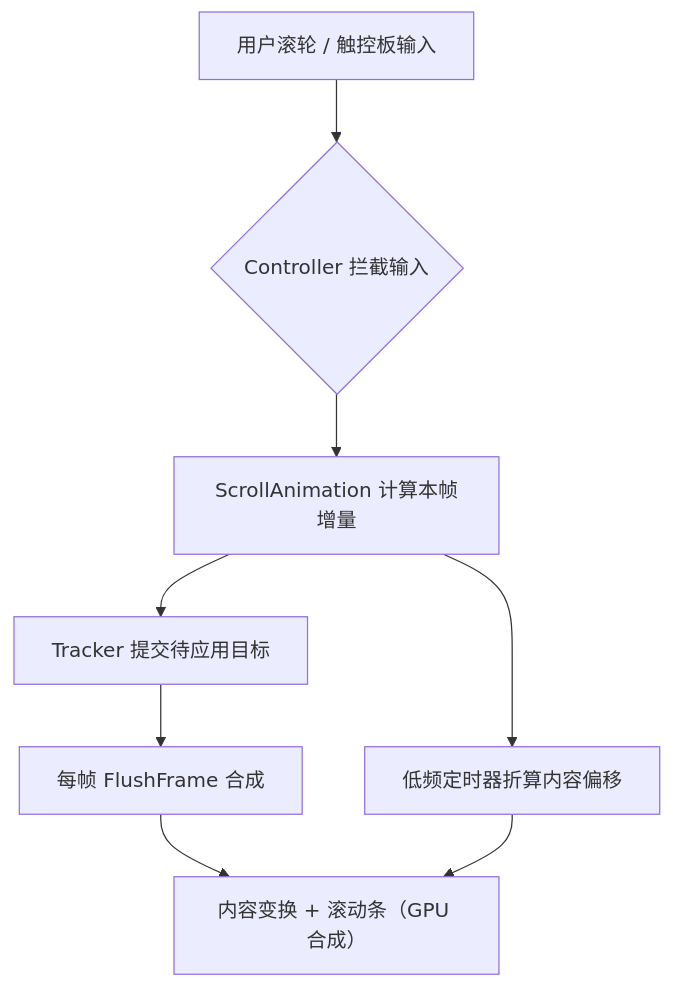
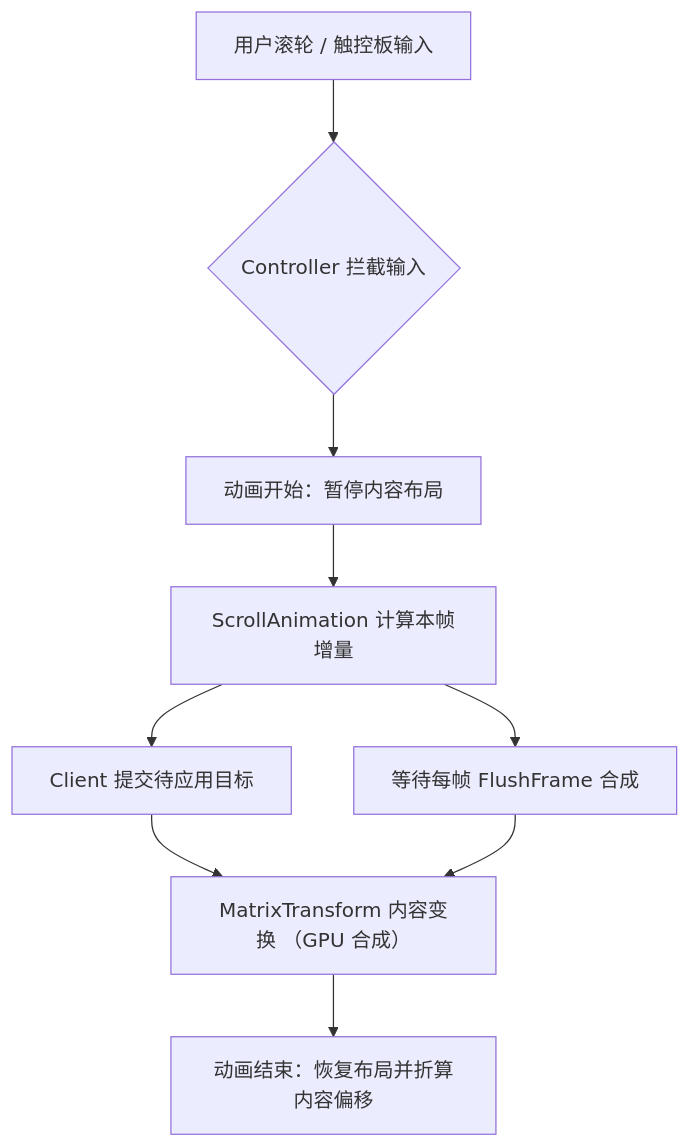
One commit to Roshaless/Zen.Scroll changed the diagram in README.md. Above: the diagram before and after it, drawn with Mermaid. The commit also changed other lines of this file, not shown here.

Commit message:
docs: update the README for the animation-time layout suspension

````diff
--- a/README.md
+++ b/README.md
@@ -123,11 +123,12 @@
 ```mermaid
 graph TD
     A[用户滚轮 / 触控板输入] --> B{Controller 拦截输入}
-    B --> C[ScrollAnimation 计算本帧增量]
-    C --> D[Tracker 提交待应用目标]
-    D --> E[每帧 FlushFrame 合成]
-    E --> F[内容变换 + 滚动条（GPU 合成）]
-    C --> G[低频定时器折算内容偏移]
-    G --> F
+    B --> G[动画开始：暂停内容布局]
+    G --> C[ScrollAnimation 计算本帧增量]
+    C --> D[Client 提交待应用目标]
+    C --> E[等待每帧 FlushFrame 合成]
+    D --> F[ MatrixTransform 内容变换 （GPU 合成） ]
+    E --> F
+    F --> H[动画结束：恢复布局并折算内容偏移]
 
 ```
````
